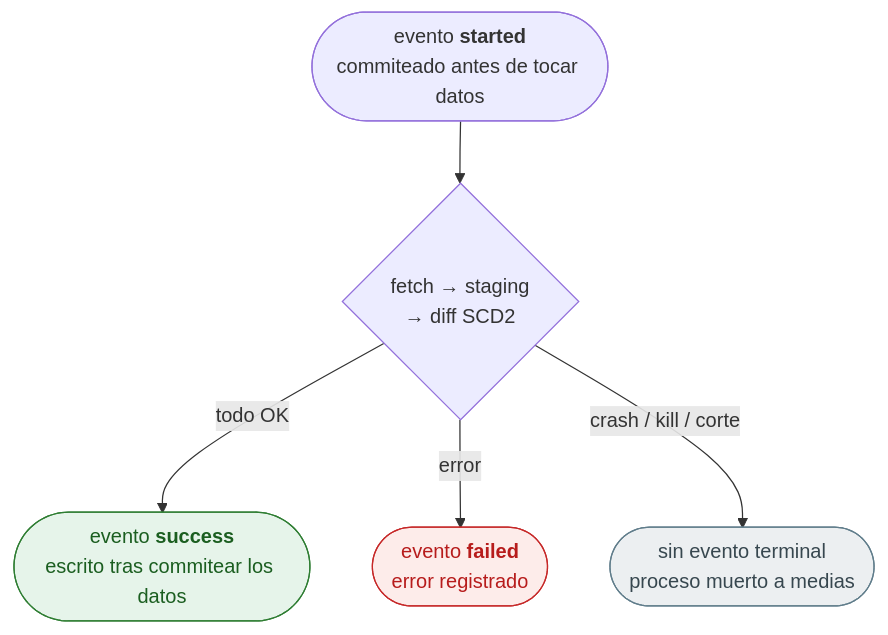
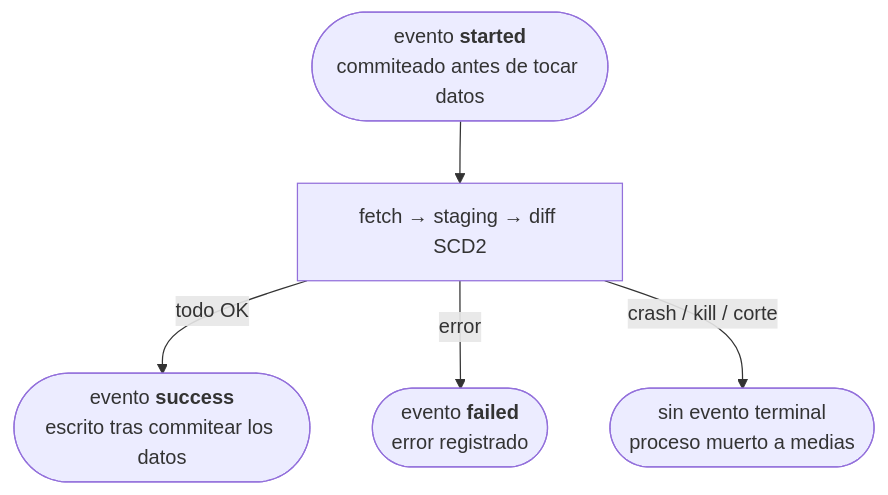
One commit to cruzlorite/bdns-fetch changed the second of 2 diagrams in packages/bdns-sync/README.md. Above: the diagram before and after it, drawn with Mermaid. The commit also changed 1 other file, not shown here.

Commit message:
docs: drop colors and the diamond node from the run-lifecycle diagram

````diff
--- a/packages/bdns-sync/README.md
+++ b/packages/bdns-sync/README.md
@@ -179,13 +179,7 @@
 ```mermaid
 flowchart TD
-    A(["evento <b>started</b><br/>commiteado antes de tocar datos"]) --> B{"fetch → staging<br/>→ diff SCD2"}
+    A(["evento <b>started</b><br/>commiteado antes de tocar datos"]) --> B["fetch → staging → diff SCD2"]
     B -->|todo OK| C(["evento <b>success</b><br/>escrito tras commitear los datos"])
     B -->|error| D(["evento <b>failed</b><br/>error registrado"])
     B -->|crash / kill / corte| E(["sin evento terminal<br/>proceso muerto a medias"])
-    classDef ok fill:#e6f4ea,stroke:#2e7d32,color:#1b5e20
-    classDef bad fill:#fdecea,stroke:#c62828,color:#b71c1c
-    classDef dead fill:#eceff1,stroke:#607d8b,color:#37474f
-    class C ok
-    class D bad
-    class E dead
 ```
````
